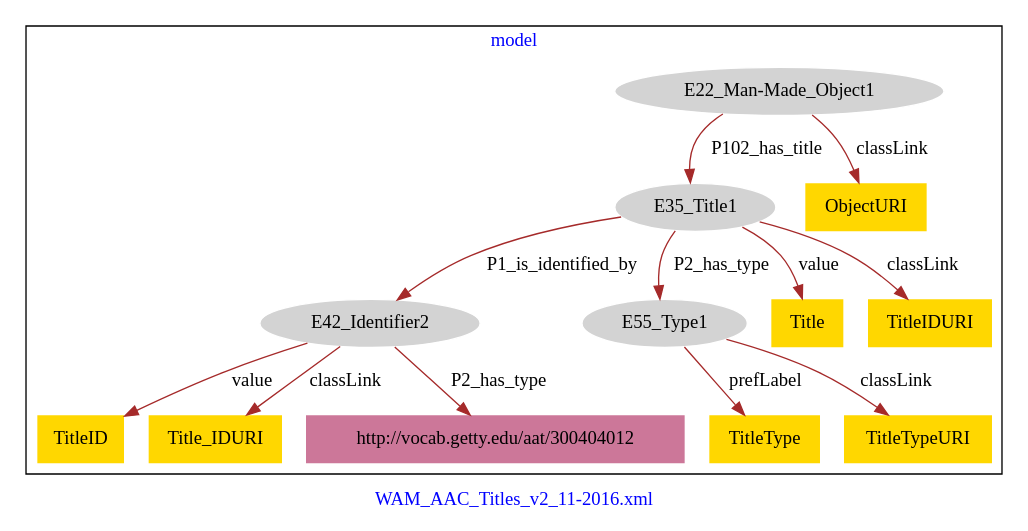
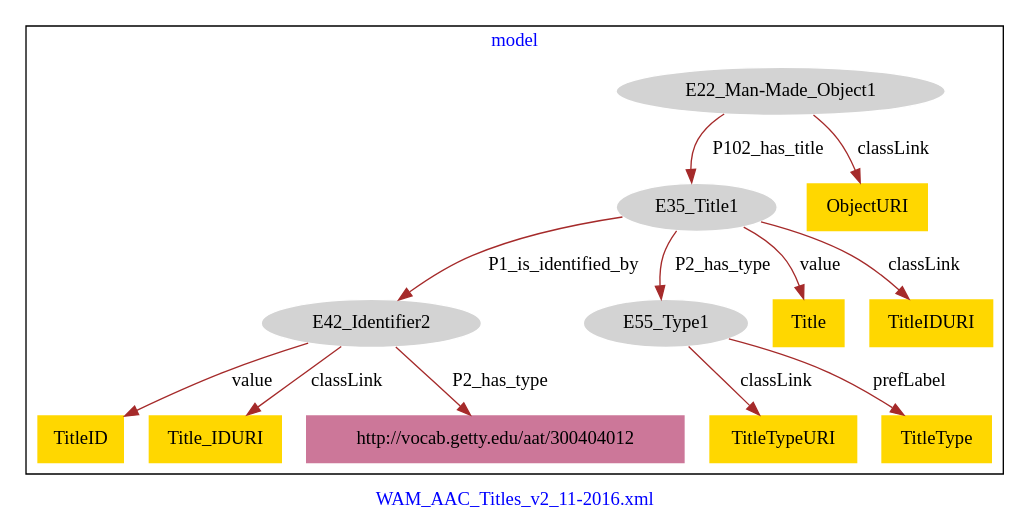
One commit to american-art/wam changed the diagram in WAM_AAC_Titles/WAM_AAC_OtherTitles-model.dot. Above: the diagram before and after it, drawn with Graphviz.

Commit message:
Update file WAM_AAC_OtherTitles-model.dot

```diff
--- a/WAM_AAC_Titles/WAM_AAC_OtherTitles-model.dot
+++ b/WAM_AAC_Titles/WAM_AAC_OtherTitles-model.dot
@@ -1,31 +1,31 @@
 digraph n0 {
 fontcolor="blue"
 remincross="true"
 label="WAM_AAC_Titles_v2_11-2016.xml"
 subgraph cluster {
 label="model"
 n2[style="filled",color="white",fillcolor="lightgray",label="E22_Man-Made_Object1"];
 n3[style="filled",color="white",fillcolor="lightgray",label="E35_Title1"];
 n4[style="filled",color="white",fillcolor="lightgray",label="E42_Identifier2"];
 n5[style="filled",color="white",fillcolor="lightgray",label="E55_Type1"];
-n6[shape="plaintext",style="filled",fillcolor="gold",label="TitleType"];
+n6[shape="plaintext",style="filled",fillcolor="gold",label="TitleTypeURI"];
 n7[shape="plaintext",style="filled",fillcolor="gold",label="TitleID"];
-n8[shape="plaintext",style="filled",fillcolor="gold",label="ObjectURI"];
-n9[shape="plaintext",style="filled",fillcolor="gold",label="Title_IDURI"];
-n10[shape="plaintext",style="filled",fillcolor="gold",label="Title"];
-n11[shape="plaintext",style="filled",fillcolor="gold",label="TitleIDURI"];
-n12[shape="plaintext",style="filled",fillcolor="gold",label="TitleTypeURI"];
+n8[shape="plaintext",style="filled",fillcolor="gold",label="Title_IDURI"];
+n9[shape="plaintext",style="filled",fillcolor="gold",label="Title"];
+n10[shape="plaintext",style="filled",fillcolor="gold",label="TitleIDURI"];
+n11[shape="plaintext",style="filled",fillcolor="gold",label="TitleType"];
+n12[shape="plaintext",style="filled",fillcolor="gold",label="ObjectURI"];
 n13[shape="plaintext",style="filled",fillcolor="#CC7799",label="http://vocab.getty.edu/aat/300404012"];
 }
 n2 -> n3[color="brown",fontcolor="black",label="P102_has_title"]
 n3 -> n4[color="brown",fontcolor="black",label="P1_is_identified_by"]
 n3 -> n5[color="brown",fontcolor="black",label="P2_has_type"]
-n5 -> n6[color="brown",fontcolor="black",label="prefLabel"]
+n5 -> n6[color="brown",fontcolor="black",label="classLink"]
 n4 -> n7[color="brown",fontcolor="black",label="value"]
-n2 -> n8[color="brown",fontcolor="black",label="classLink"]
-n4 -> n9[color="brown",fontcolor="black",label="classLink"]
-n3 -> n10[color="brown",fontcolor="black",label="value"]
-n3 -> n11[color="brown",fontcolor="black",label="classLink"]
-n5 -> n12[color="brown",fontcolor="black",label="classLink"]
+n4 -> n8[color="brown",fontcolor="black",label="classLink"]
+n3 -> n9[color="brown",fontcolor="black",label="value"]
+n3 -> n10[color="brown",fontcolor="black",label="classLink"]
+n5 -> n11[color="brown",fontcolor="black",label="prefLabel"]
+n2 -> n12[color="brown",fontcolor="black",label="classLink"]
 n4 -> n13[color="brown",fontcolor="black",label="P2_has_type"]
 }
```
